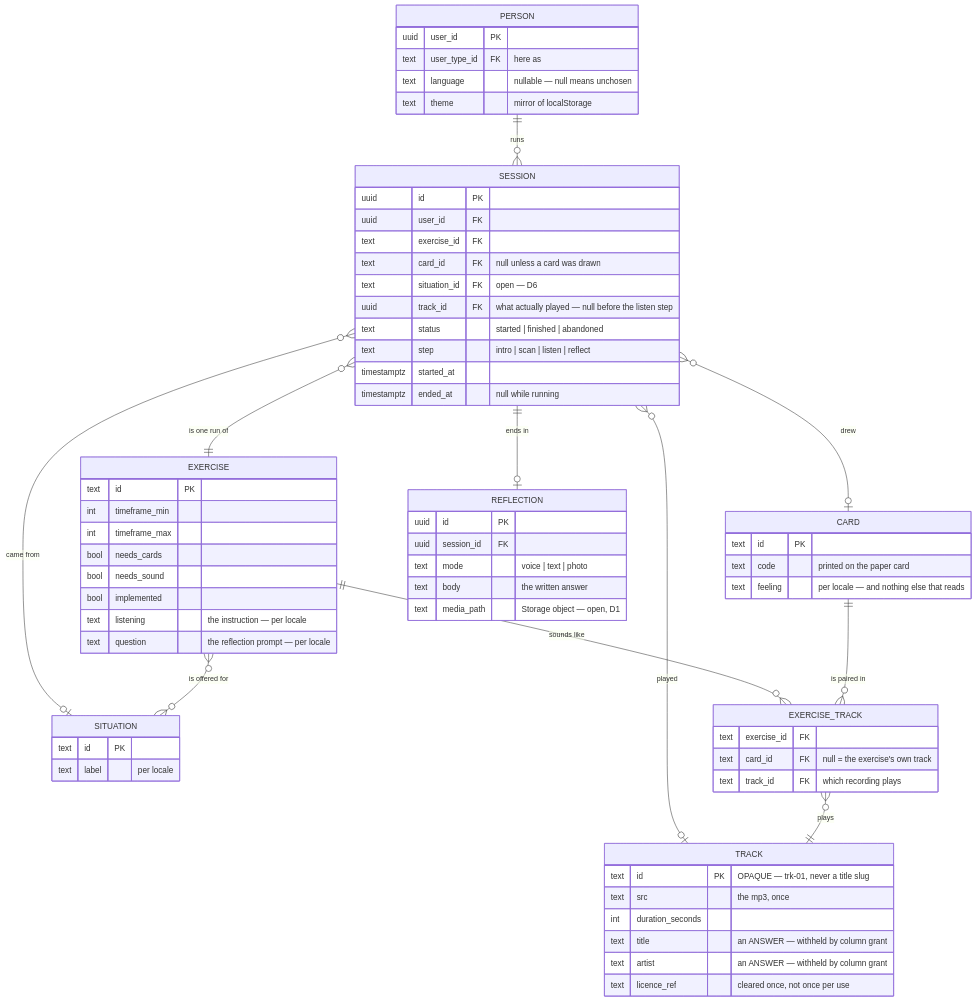
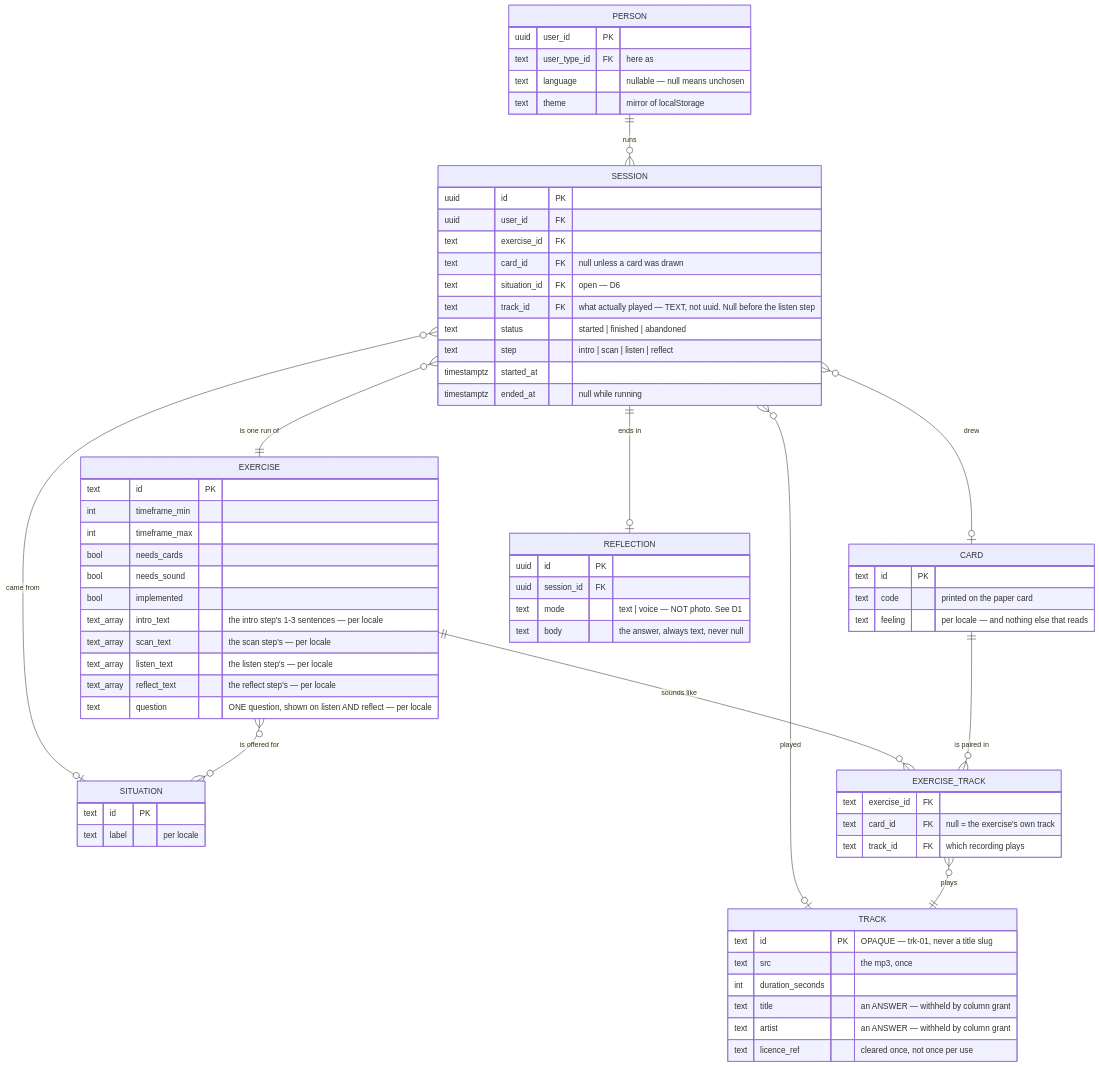
The first of 2 diagrams in DOMAIN-MODEL.md (product-ben/musie), drawn with Mermaid before and after one commit. The commit also changed other lines of this file and 67 other files, not shown here.

````diff
--- a/DOMAIN-MODEL.md
+++ b/DOMAIN-MODEL.md
@@ -17,71 +26,73 @@
 ```mermaid
 erDiagram
     PERSON ||--o{ SESSION : "runs"
     SESSION }o--|| EXERCISE : "is one run of"
     SESSION }o--o| CARD : "drew"
     SESSION }o--o| SITUATION : "came from"
     SESSION ||--o| REFLECTION : "ends in"
     SESSION }o--o| TRACK : "played"
     EXERCISE }o--o{ SITUATION : "is offered for"
     EXERCISE ||--o{ EXERCISE_TRACK : "sounds like"
     CARD ||--o{ EXERCISE_TRACK : "is paired in"
     EXERCISE_TRACK }o--|| TRACK : "plays"
 
     PERSON {
         uuid user_id PK
         text user_type_id FK "here as"
         text language "nullable — null means unchosen"
         text theme "mirror of localStorage"
     }
     SESSION {
         uuid id PK
         uuid user_id FK
         text exercise_id FK
         text card_id FK "null unless a card was drawn"
         text situation_id FK "open — D6"
-        uuid track_id FK "what actually played — null before the listen step"
+        text track_id FK "what actually played — TEXT, not uuid. Null before the listen step"
         text status "started | finished | abandoned"
         text step "intro | scan | listen | reflect"
         timestamptz started_at
         timestamptz ended_at "null while running"
     }
     EXERCISE {
         text id PK
         int timeframe_min
         int timeframe_max
         bool needs_cards
         bool needs_sound
         bool implemented
-        text listening "the instruction — per locale"
-        text question "the reflection prompt — per locale"
+        text_array intro_text "the intro step's 1-3 sentences — per locale"
+        text_array scan_text "the scan step's — per locale"
+        text_array listen_text "the listen step's — per locale"
+        text_array reflect_text "the reflect step's — per locale"
+        text question "ONE question, shown on listen AND reflect — per locale"
     }
     CARD {
         text id PK
         text code "printed on the paper card"
         text feeling "per locale — and nothing else that reads"
     }
     TRACK {
         text id PK "OPAQUE — trk-01, never a title slug"
         text src "the mp3, once"
         int duration_seconds
         text title "an ANSWER — withheld by column grant"
         text artist "an ANSWER — withheld by column grant"
         text licence_ref "cleared once, not once per use"
     }
     EXERCISE_TRACK {
         text exercise_id FK
         text card_id FK "null = the exercise's own track"
         text track_id FK "which recording plays"
     }
     SITUATION {
         text id PK
         text label "per locale"
     }
     REFLECTION {
         uuid id PK
         uuid session_id FK
-        text mode "voice | text | photo"
-        text body "the written answer"
-        text media_path "Storage object — open, D1"
+        text mode "text | voice — NOT photo. See D1"
+        text body "the answer, always text, never null"
     }
 ```
````
